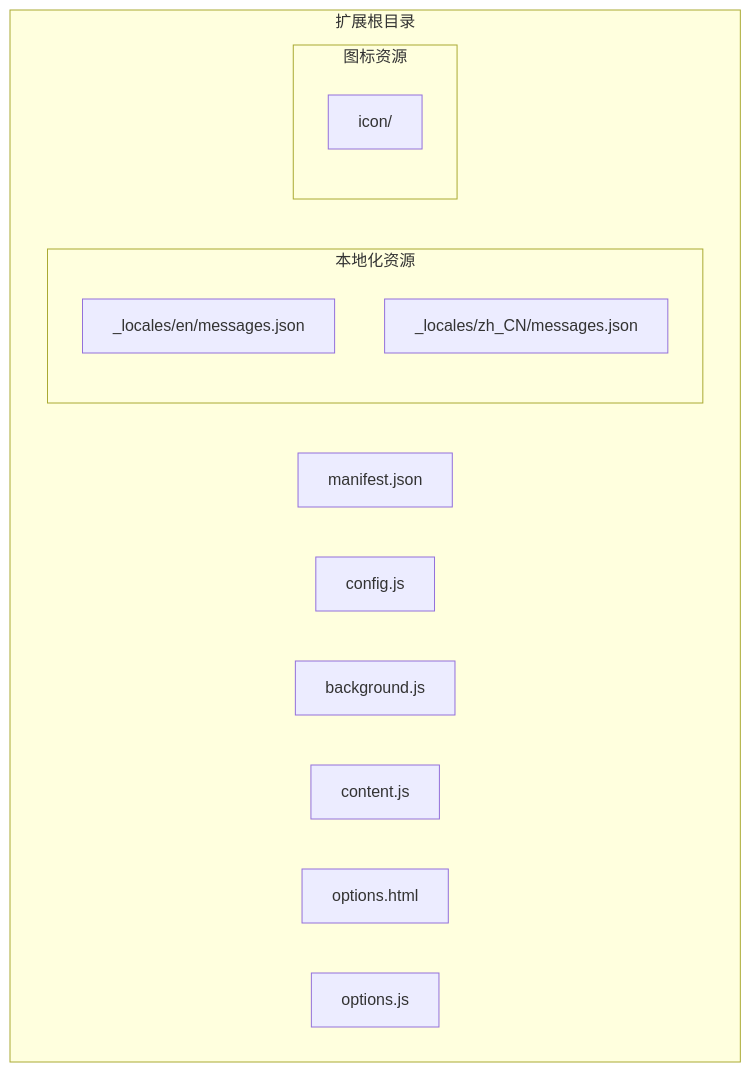
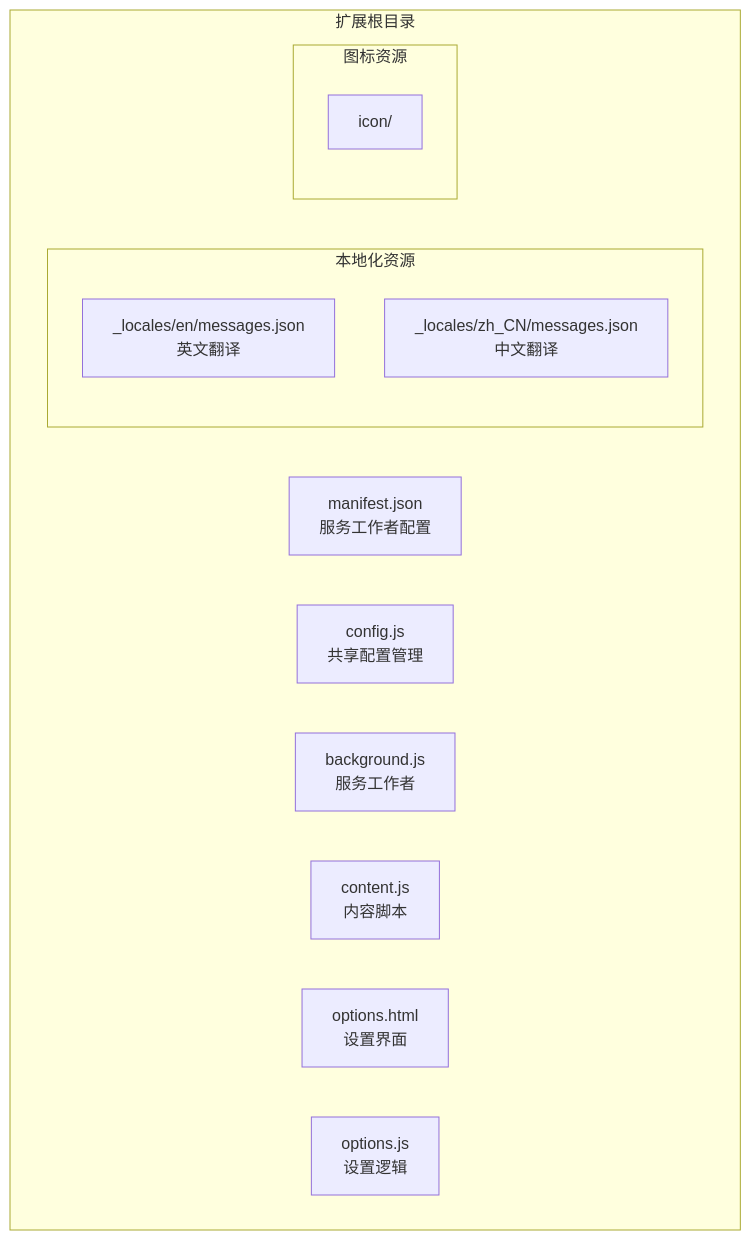
The first of 9 diagrams in .qoder/repowiki/zh/content/技术架构/核心模块分析/核心模块分析.md (binasi/Img2Prompt), drawn with Mermaid before and after one commit. The commit also changed other lines of this file and 9 other files, not shown here.

````diff
--- a/.qoder/repowiki/zh/content/技术架构/核心模块分析/核心模块分析.md
+++ b/.qoder/repowiki/zh/content/技术架构/核心模块分析/核心模块分析.md
@@ -34,18 +42,18 @@
 ```mermaid
 graph TB
 subgraph "扩展根目录"
-Manifest[manifest.json]
-Config[config.js]
-Background[background.js]
-Content[content.js]
-OptionsHTML[options.html]
-OptionsJS[options.js]
+Manifest[manifest.json<br/>服务工作者配置]
+Config[config.js<br/>共享配置管理]
+Background[background.js<br/>服务工作者]
+Content[content.js<br/>内容脚本]
+OptionsHTML[options.html<br/>设置界面]
+OptionsJS[options.js<br/>设置逻辑]
 subgraph "本地化资源"
-EnMessages[_locales/en/messages.json]
-ZhMessages[_locales/zh_CN/messages.json]
+EnMessages[_locales/en/messages.json<br/>英文翻译]
+ZhMessages[_locales/zh_CN/messages.json<br/>中文翻译]
 end
 subgraph "图标资源"
 IconDir[icon/]
 end
 end
 ```
````
